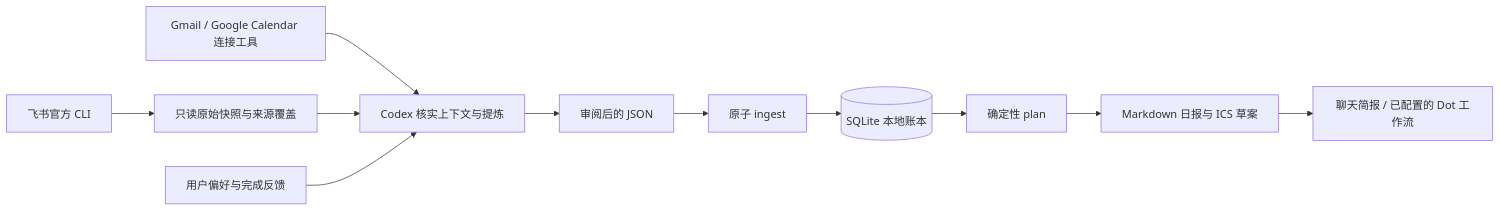
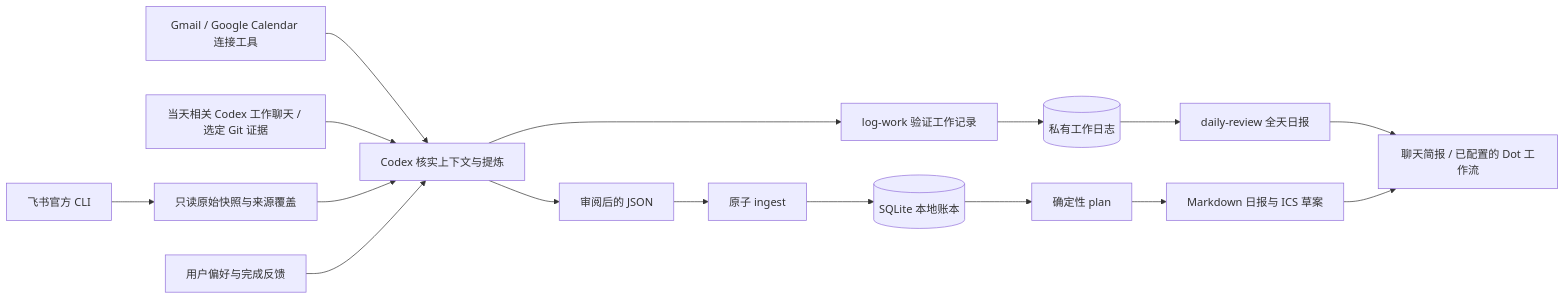
The diagram in docs/architecture.md (SUSTechWLA/codex-personal-assistant), drawn with Mermaid before and after one commit. The commit also changed other lines of this file and 16 other files, not shown here.

````diff
--- a/docs/architecture.md
+++ b/docs/architecture.md
@@ -5,13 +5,18 @@
 ```mermaid
 flowchart LR
     F[飞书官方 CLI] --> R[只读原始快照与来源覆盖]
     G[Gmail / Google Calendar 连接工具] --> C[Codex 核实上下文与提炼]
+    A[当天相关 Codex 工作聊天 / 选定 Git 证据] --> C
     R --> C
     U[用户偏好与完成反馈] --> C
     C --> J[审阅后的 JSON]
     J --> I[原子 ingest]
     I --> D[(SQLite 本地账本)]
     D --> P[确定性 plan]
     P --> O[Markdown 日报与 ICS 草案]
+    C --> W[log-work 验证工作记录]
+    W --> JDB[(私有工作日志)]
+    JDB --> E[daily-review 全天日报]
+    E --> H[聊天简报 / 已配置的 Dot 工作流]
     O --> H[聊天简报 / 已配置的 Dot 工作流]
 ```
````
